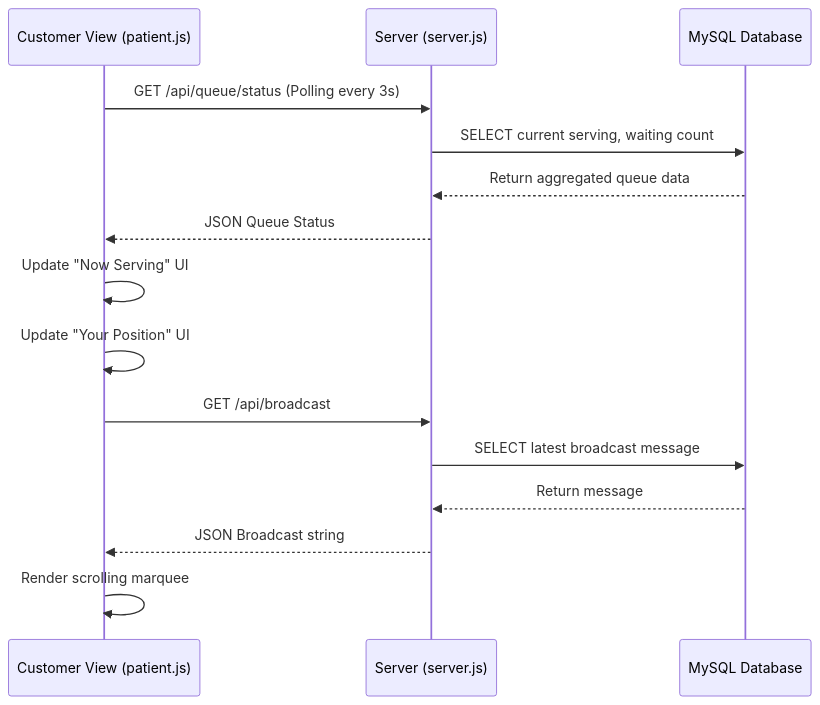
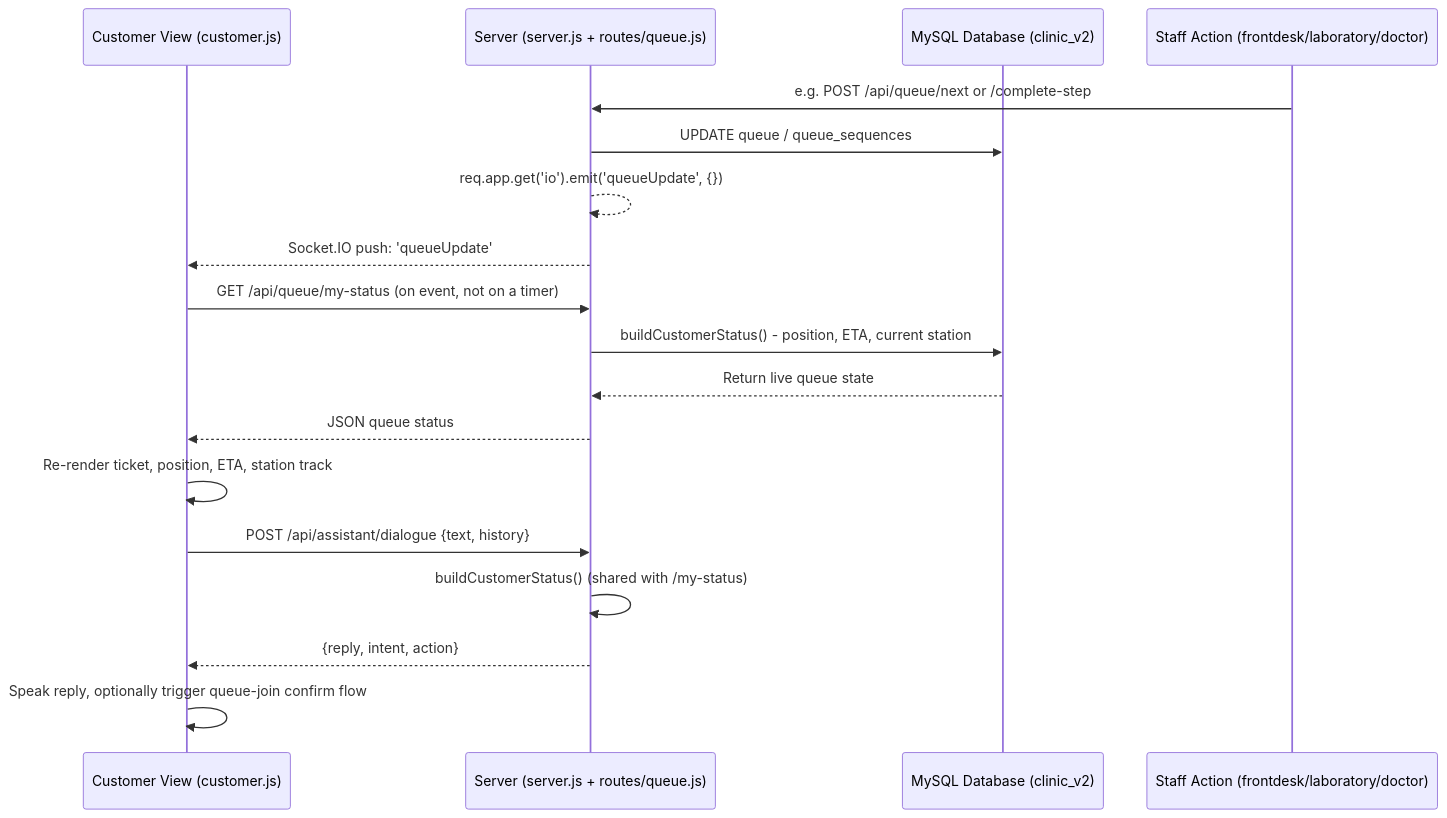
Before and after one commit to Delle-Bit/Queue-Anti: the third of 3 diagrams in flowchart.md, drawn with Mermaid. The commit also changed other lines of this file and 71 other files, not shown here.

````diff
--- a/flowchart.md
+++ b/flowchart.md
@@ -82,20 +94,23 @@
 ```mermaid
 sequenceDiagram
-    participant C as Customer View (patient.js)
-    participant S as Server (server.js)
-    participant DB as MySQL Database
+    participant C as Customer View (customer.js)
+    participant S as Server (server.js + routes/queue.js)
+    participant DB as MySQL Database (clinic_v2)
+    participant Staff as Staff Action (frontdesk/laboratory/doctor)
 
-    C->>S: GET /api/queue/status (Polling every 3s)
-    S->>DB: SELECT current serving, waiting count
-    DB-->>S: Return aggregated queue data
-    S-->>C: JSON Queue Status
-    C->>C: Update "Now Serving" UI
-    C->>C: Update "Your Position" UI
-    
-    %% Broadcast Mechanism
-    C->>S: GET /api/broadcast
-    S->>DB: SELECT latest broadcast message
-    DB-->>S: Return message
-    S-->>C: JSON Broadcast string
-    C->>C: Render scrolling marquee
+    Staff->>S: e.g. POST /api/queue/next or /complete-step
+    S->>DB: UPDATE queue / queue_sequences
+    S-->>S: req.app.get('io').emit('queueUpdate', {})
+    S-->>C: Socket.IO push: 'queueUpdate'
+    C->>S: GET /api/queue/my-status (on event, not on a timer)
+    S->>DB: buildCustomerStatus() - position, ETA, current station
+    DB-->>S: Return live queue state
+    S-->>C: JSON queue status
+    C->>C: Re-render ticket, position, ETA, station track
+
+    %% Virtual Nurse Assistant grounds its answers in the same live state
+    C->>S: POST /api/assistant/dialogue {text, history}
+    S->>S: buildCustomerStatus() (shared with /my-status)
+    S-->>C: {reply, intent, action}
+    C->>C: Speak reply, optionally trigger queue-join confirm flow
 ```
````
